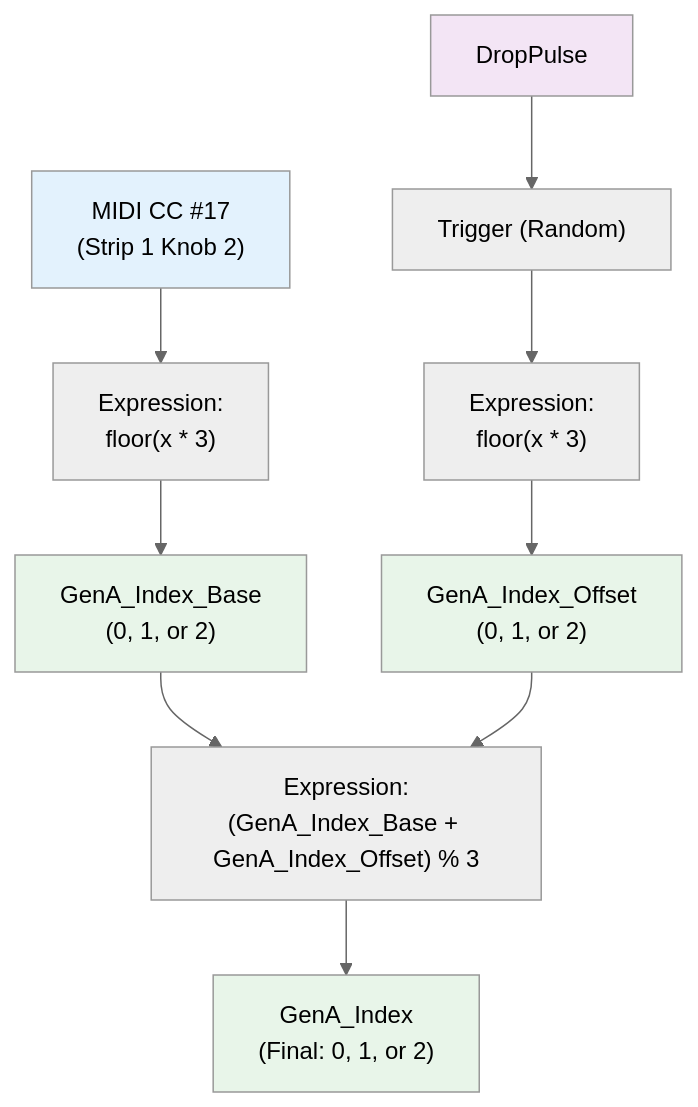
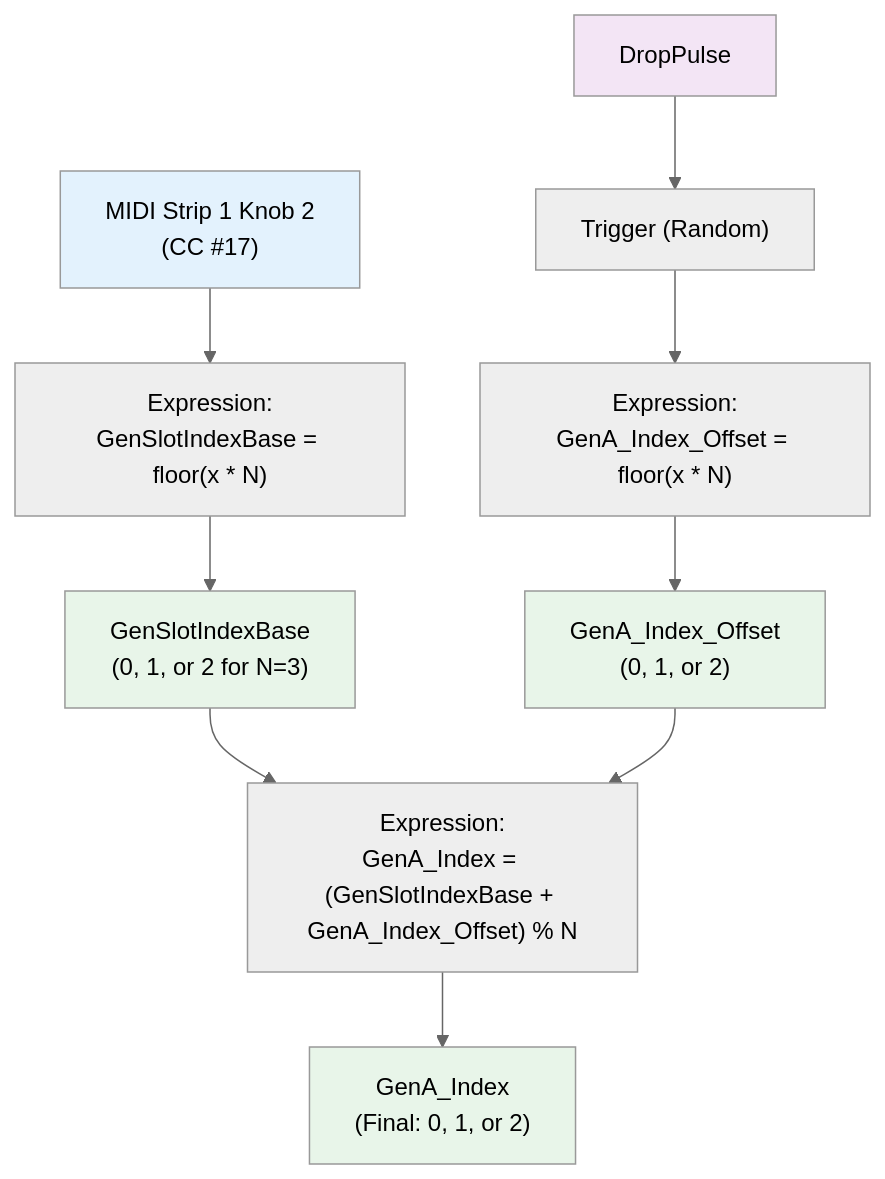
Before and after one commit to abossard/synesthesia-visuals: diagram 12 of 17 in docs/mmv-master-pipeline-guide.md, drawn with Mermaid (neutral theme). The commit also changed other lines of this file, not shown here.

````diff
--- a/docs/mmv-master-pipeline-guide.md
+++ b/docs/mmv-master-pipeline-guide.md
@@ -618,19 +608,19 @@
 ```mermaid
 flowchart TD
-    MIDI_INDEX["MIDI CC #17<br/>(Strip 1 Knob 2)"] --> EXPR_BASE["Expression:<br/>floor(x * 3)"]
-    EXPR_BASE --> INDEX_BASE["GenA_Index_Base<br/>(0, 1, or 2)"]
+    MIDI_GSI["MIDI Strip 1 Knob 2<br/>(CC #17)"] --> EXPR_BASE["Expression:<br/>GenSlotIndexBase = floor(x * N)"]
+    EXPR_BASE --> GENSLOTBASE["GenSlotIndexBase<br/>(0, 1, or 2 for N=3)"]
     
-    DROP_PULSE_IN["DropPulse"] --> TRIG_RAND["Trigger (Random)"]
-    TRIG_RAND --> EXPR_RAND["Expression:<br/>floor(x * 3)"]
-    EXPR_RAND --> INDEX_OFFSET["GenA_Index_Offset<br/>(0, 1, or 2)"]
+    DROPPULSE_IN["DropPulse"] --> TRIG_RAND["Trigger (Random)"]
+    TRIG_RAND --> EXPR_RAND["Expression:<br/>GenA_Index_Offset = floor(x * N)"]
+    EXPR_RAND --> GENOFFSET["GenA_Index_Offset<br/>(0, 1, or 2)"]
     
-    INDEX_BASE --> EXPR_FINAL["Expression:<br/>(GenA_Index_Base + GenA_Index_Offset) % 3"]
-    INDEX_OFFSET --> EXPR_FINAL
-    EXPR_FINAL --> INDEX["GenA_Index<br/>(Final: 0, 1, or 2)"]
+    GENSLOTBASE --> EXPR_FINAL["Expression:<br/>GenA_Index = (GenSlotIndexBase + GenA_Index_Offset) % N"]
+    GENOFFSET --> EXPR_FINAL
+    EXPR_FINAL --> GENINDEX["GenA_Index<br/>(Final: 0, 1, or 2)"]
     
-    style MIDI_INDEX fill:#e3f2fd
-    style DROP_PULSE_IN fill:#f3e5f5
-    style INDEX_BASE fill:#e8f5e9
-    style INDEX_OFFSET fill:#e8f5e9
-    style INDEX fill:#e8f5e9
+    style MIDI_GSI fill:#e3f2fd
+    style DROPPULSE_IN fill:#f3e5f5
+    style GENSLOTBASE fill:#e8f5e9
+    style GENOFFSET fill:#e8f5e9
+    style GENINDEX fill:#e8f5e9
 ```
````
